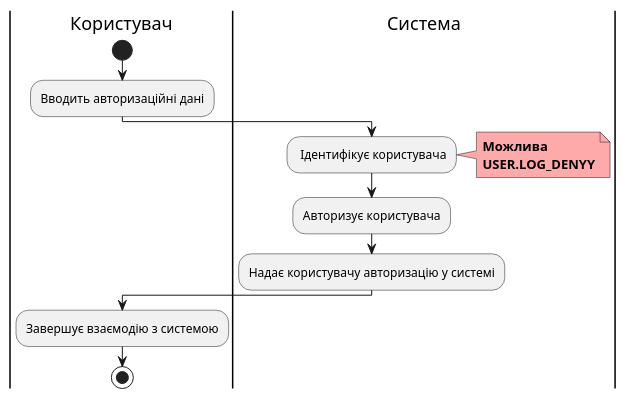
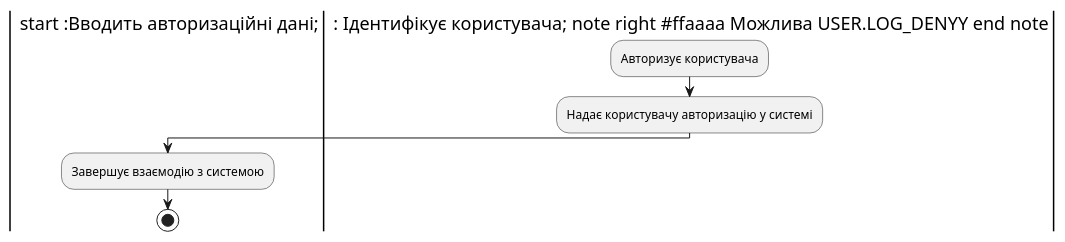
Before and after one commit to boldak/edu-db-cw: the fourth of 12 diagrams in docs/use cases/README.md, drawn with PlantUML. The commit also changed other lines of this file, not shown here.

```diff
--- a/docs/use cases/README.md
+++ b/docs/use cases/README.md
@@ -122,25 +92,16 @@
 @startuml
 
+|Користувач| start :Вводить авторизаційні дані;
+
+|Система| : Ідентифікує користувача; note right #ffaaaa Можлива USER.LOG_DENYY end note
+
+:Авторизує користувача;
+
+:Надає користувачу авторизацію у системі;
+
 |Користувач|
-    start
-    :Вводить авторизаційні дані;
+:Завершує взаємодію з системою;
 
+stop;
 
-
-|Система|
-    : Ідентифікує користувача;
-note right #ffaaaa
-    <b>Можлива</b>
-    <b>USER.LOG_DENYY</b>
-    end note
-
-
-
-    :Авторизує користувача;
-
-    :Надає користувачу авторизацію у системі;
-|Користувач|           
-    :Завершує взаємодію з системою;
-
-    stop;
 @enduml
```
